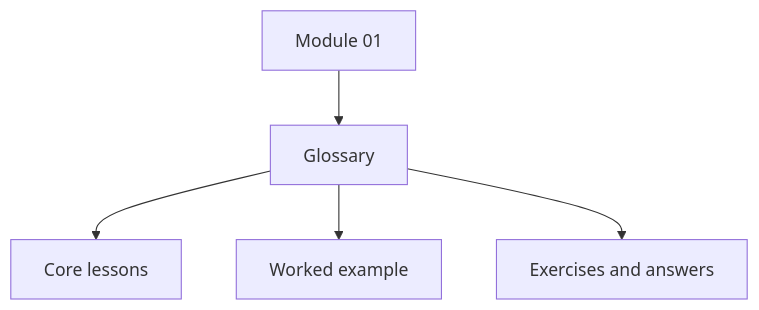
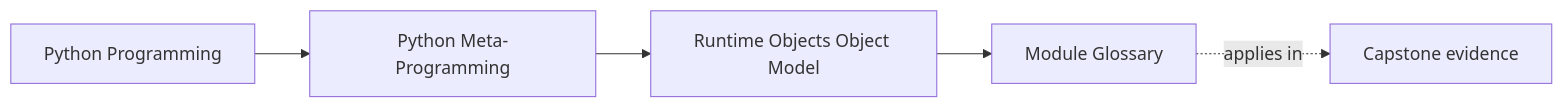
Before and after one commit to bijux/bijux-masterclass: the first of 2 diagrams in programs/python-programming/python-meta-programming/course-book/module-01-runtime-objects-object-model/glossary.md, drawn with Mermaid. The commit also changed other lines of this file and 55 other files, not shown here.

Commit message:
docs(python-meta-programming): map runtime foundations and inspection routes

````diff
--- a/programs/python-programming/python-meta-programming/course-book/module-01-runtime-objects-object-model/glossary.md
+++ b/programs/python-programming/python-meta-programming/course-book/module-01-runtime-objects-object-model/glossary.md
@@ -6,7 +6,11 @@
 ```mermaid
-flowchart TD
-  directory["Module 01"] --> glossary["Glossary"]
-  glossary --> lessons["Core lessons"]
-  glossary --> example["Worked example"]
-  glossary --> practice["Exercises and answers"]
+graph LR
+  family["Python Programming"]
+  program["Python Meta-Programming"]
+  section["Runtime Objects Object Model"]
+  page["Module Glossary"]
+  capstone["Capstone evidence"]
+
+  family --> program --> section --> page
+  page -.applies in.-> capstone
 ```
````
